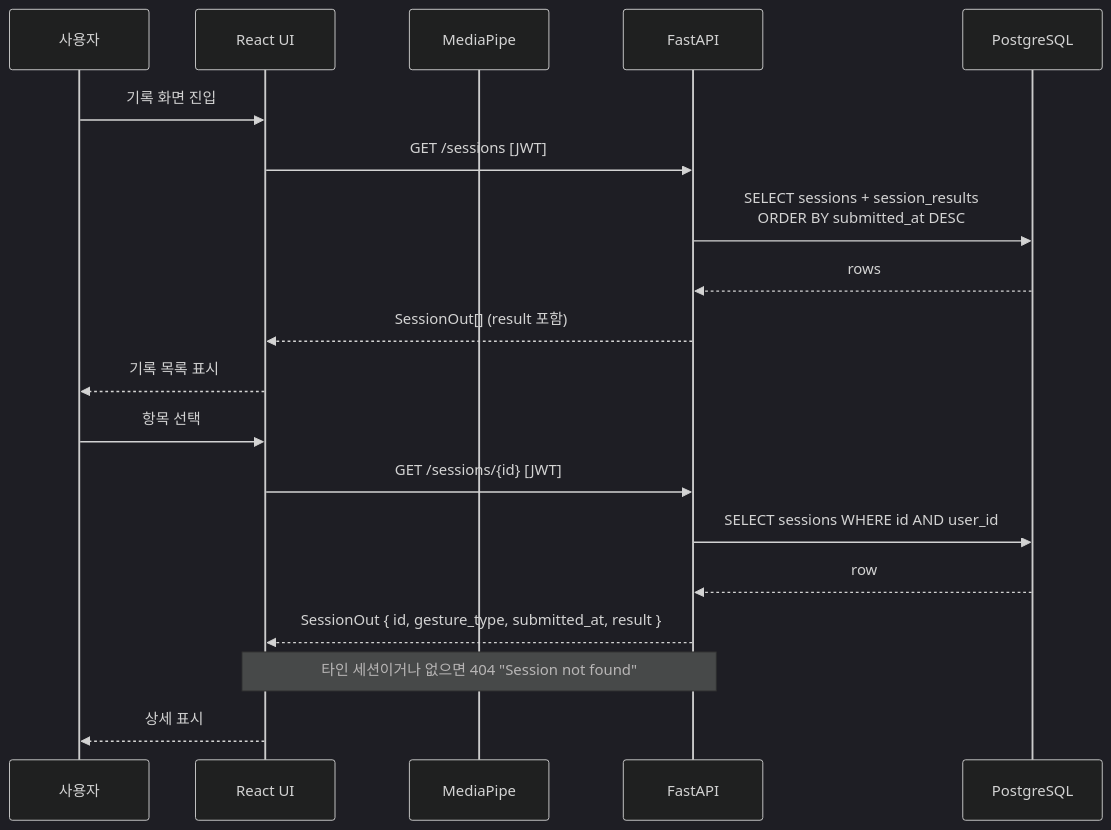
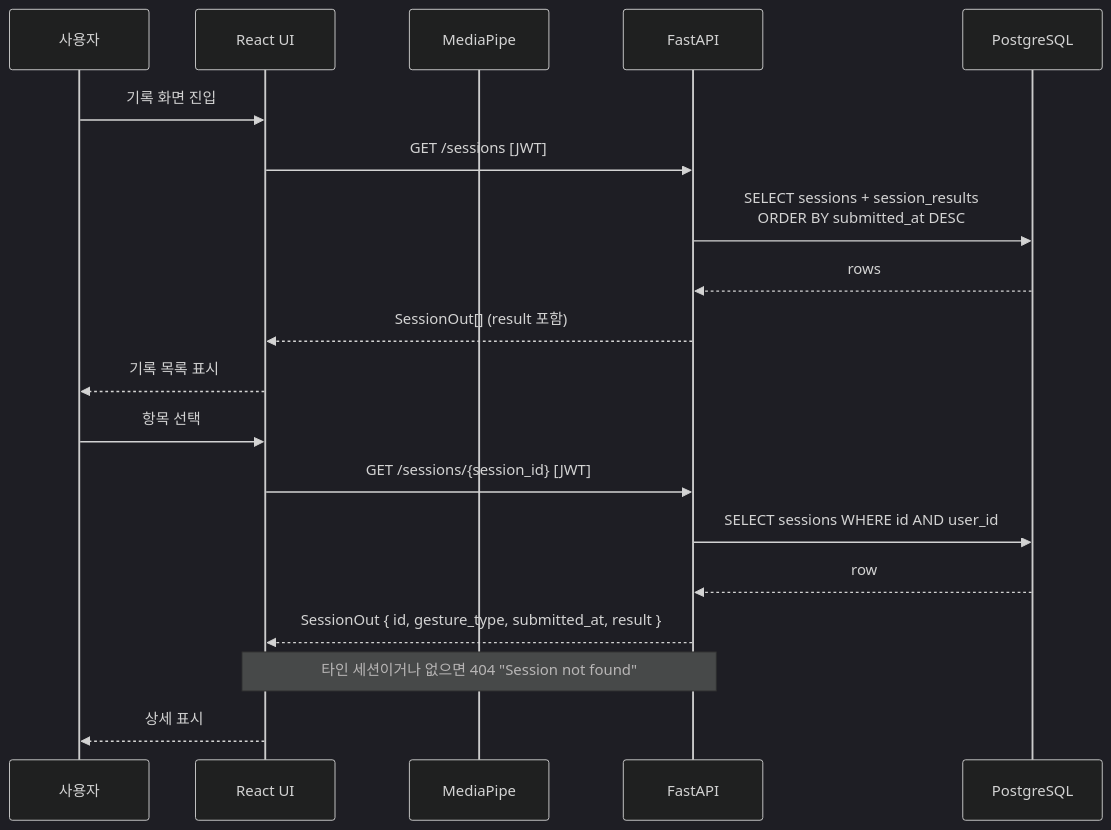
The fourth of 4 diagrams in docs/architecture.md (originEdu/Assignment), drawn with Mermaid (dark theme) before and after one commit. The commit also changed other lines of this file, not shown here.

Commit message:
docs: use real path parameter name in session detail route
The route is declared as `@router.get(/{session_id})`, so OpenAPI
publishes `/sessions/{session_id}`. The diagram said `/sessions/{id}`,
carried over from the spec. Match the code.

````diff
--- a/docs/architecture.md
+++ b/docs/architecture.md
@@ -131,23 +131,23 @@
 ```mermaid
 sequenceDiagram
     participant U as 사용자
     participant UI as React UI
     participant MP as MediaPipe
     participant API as FastAPI
     participant DB as PostgreSQL
 
     U->>UI: 기록 화면 진입
     UI->>API: GET /sessions [JWT]
     API->>DB: SELECT sessions + session_results<br/>ORDER BY submitted_at DESC
     DB-->>API: rows
     API-->>UI: SessionOut[] (result 포함)
     UI-->>U: 기록 목록 표시
 
     U->>UI: 항목 선택
-    UI->>API: GET /sessions/{id} [JWT]
+    UI->>API: GET /sessions/{session_id} [JWT]
     API->>DB: SELECT sessions WHERE id AND user_id
     DB-->>API: row
     API-->>UI: SessionOut { id, gesture_type, submitted_at, result }
     Note over UI,API: 타인 세션이거나 없으면 404 "Session not found"
     UI-->>U: 상세 표시
 ```
````
